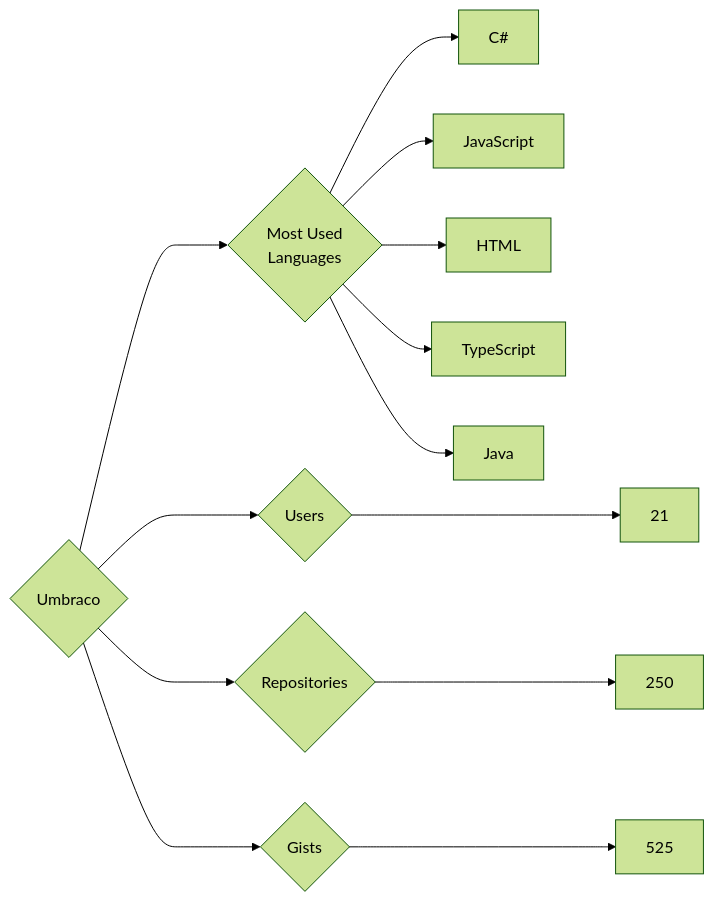
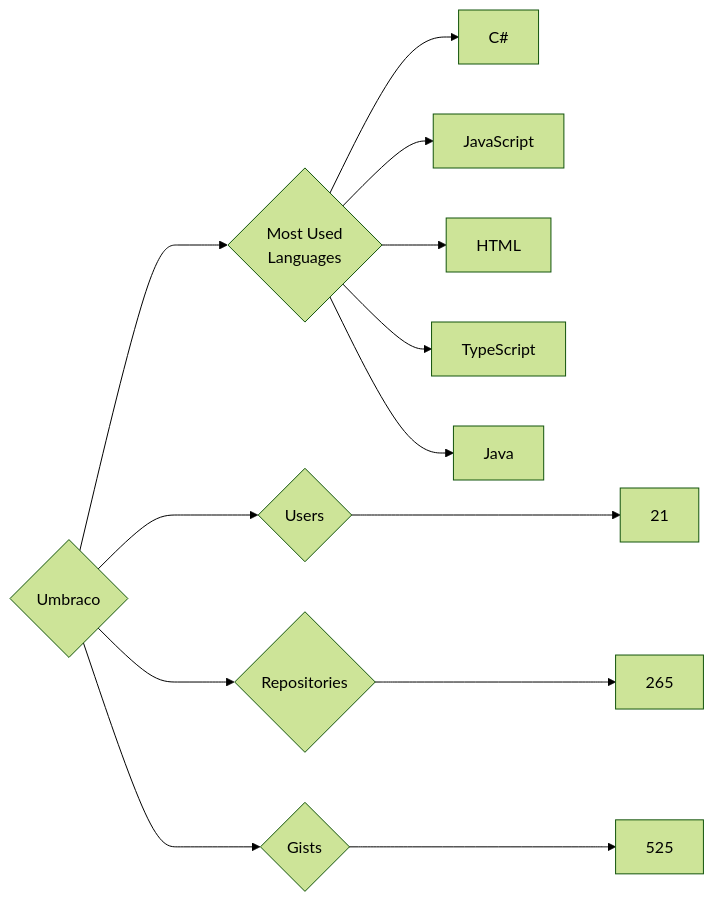
The diagram in targets/Umbraco/README.md (trickest/insiders), drawn with Mermaid (forest theme) before and after one commit. The commit also changed 682 other files, not shown here.

````diff
--- a/targets/Umbraco/README.md
+++ b/targets/Umbraco/README.md
@@ -3,13 +3,13 @@
 ```mermaid
 graph LR
 COMPANY_NAME{Umbraco}
 COMPANY_NAME ---> U{Users} ---> UN[21]
-COMPANY_NAME ---> R{Repositories} ---> RN[250]
+COMPANY_NAME ---> R{Repositories} ---> RN[265]
 COMPANY_NAME ---> G{Gists} ---> GN[525]
 COMPANY_NAME ---> ML{Most Used<br>Languages}
 ML --> C#[C#]
 ML --> JavaScript[JavaScript]
 ML --> HTML[HTML]
 ML --> TypeScript[TypeScript]
 ML --> Java[Java]
 ```
````
